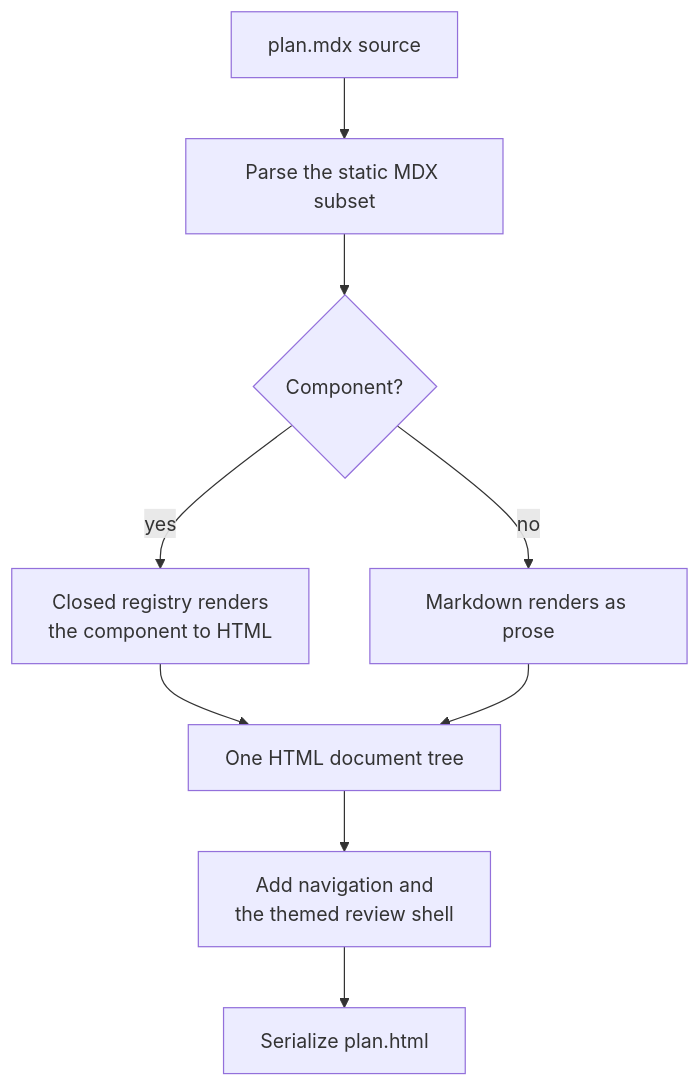
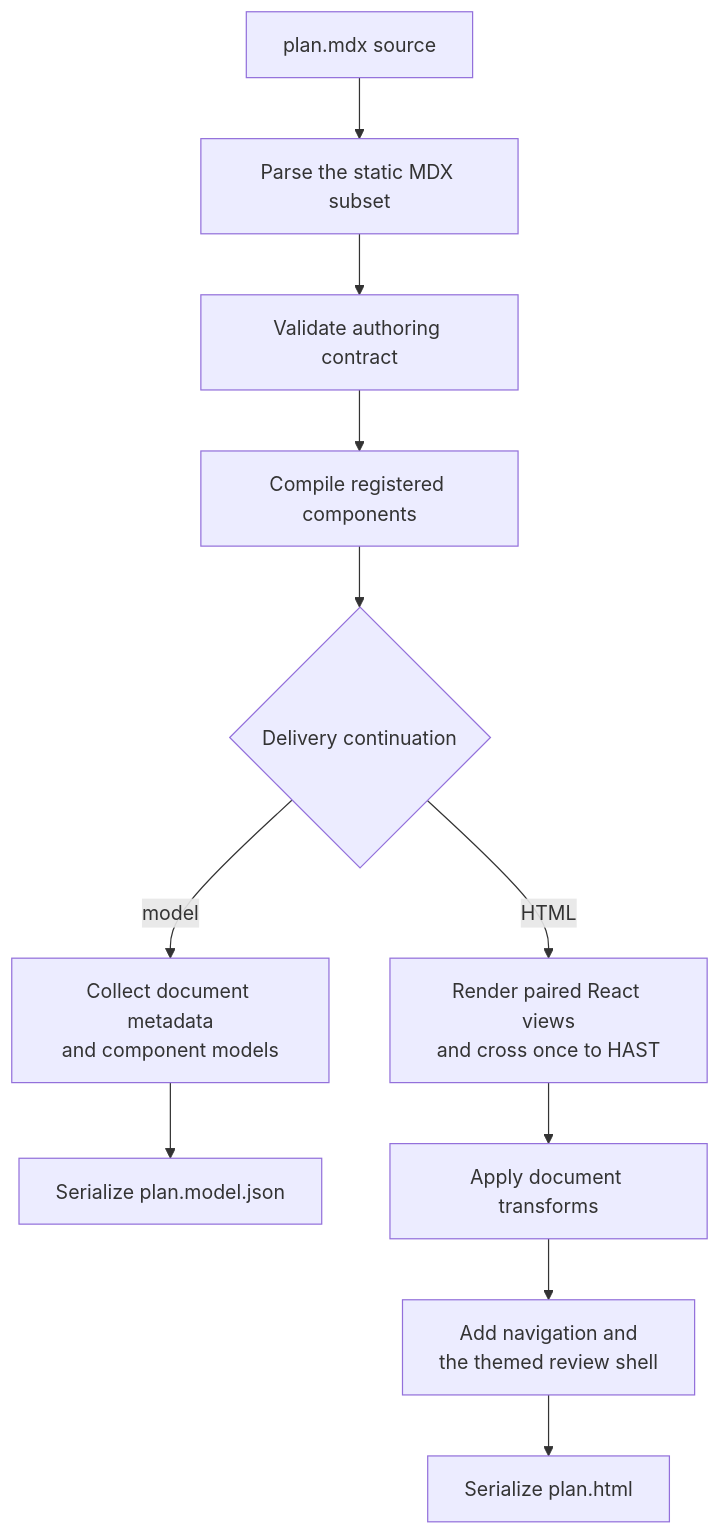
One commit to josh-padnick/big-plan changed the second of 2 diagrams in docs/src/content/docs/architecture.md. Above: the diagram before and after it, drawn with Mermaid. The commit also changed other lines of this file and 16 other files, not shown here.

Commit message:
docs: make agent guidance a durable architecture map

````diff
--- a/docs/src/content/docs/architecture.md
+++ b/docs/src/content/docs/architecture.md
@@ -31,11 +34,13 @@
 ```mermaid
 flowchart TB
   S["plan.mdx source"] --> P["Parse the static MDX subset"]
-  P --> Q{"Component?"}
-  Q -- "yes" --> R["Closed registry renders<br/>the component to HTML"]
-  Q -- "no" --> M["Markdown renders as prose"]
-  R --> H["One HTML document tree"]
-  M --> H
+  P --> V["Validate authoring contract"]
+  V --> C["Compile registered components"]
+  C --> Q{"Delivery continuation"}
+  Q -- "model" --> J["Collect document metadata<br/>and component models"]
+  J --> O["Serialize plan.model.json"]
+  Q -- "HTML" --> R["Render paired React views<br/>and cross once to HAST"]
+  R --> H["Apply document transforms"]
   H --> T["Add navigation and<br/>the themed review shell"]
-  T --> O["Serialize plan.html"]
+  T --> U["Serialize plan.html"]
 ```
````
